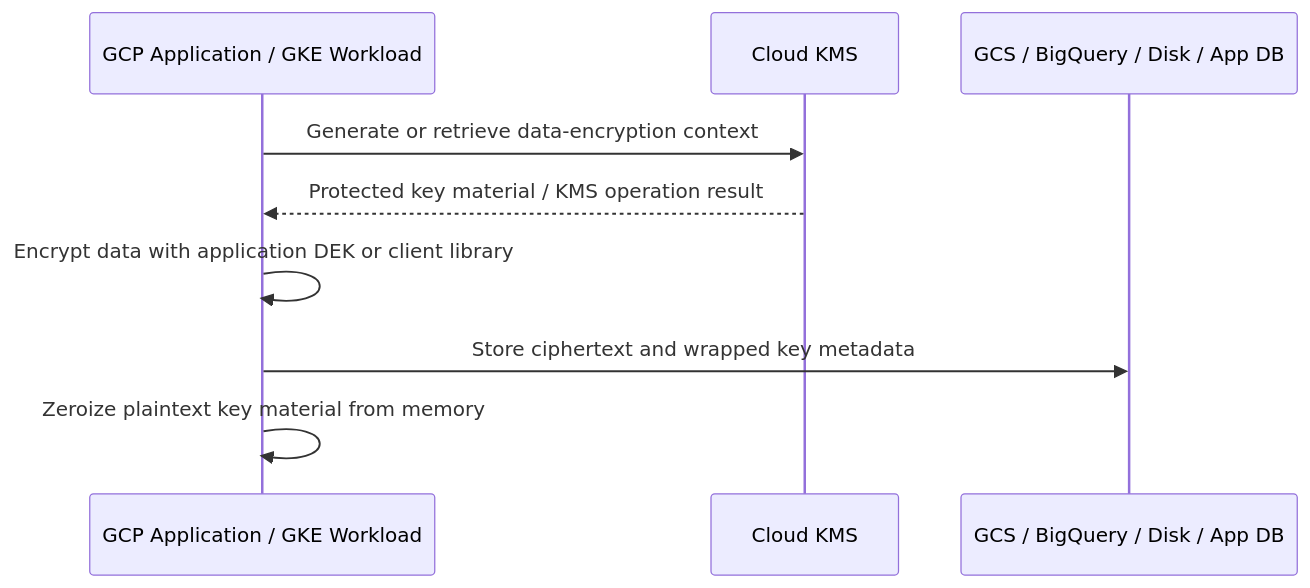
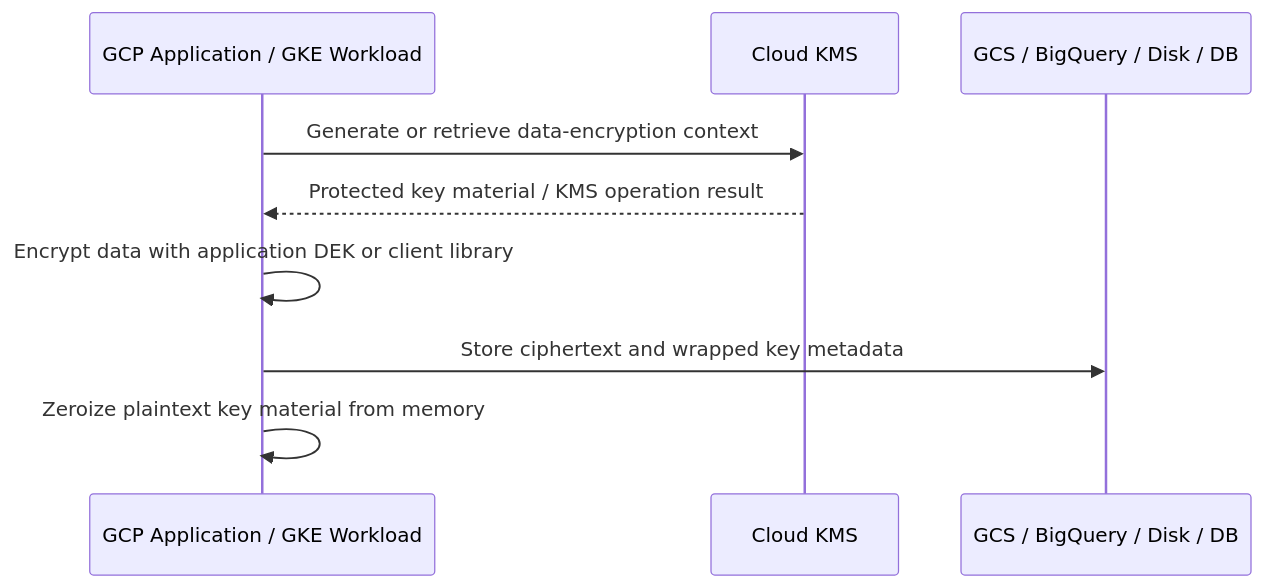
One commit to jfang88/EnterpriseCryptography changed diagram 11 of 16 in Enterprise Cryptographic Management Guideline v1_5.md. Above: the diagram before and after it, drawn with Mermaid. The commit also changed other lines of this file, not shown here.

````diff
--- a/Enterprise Cryptographic Management Guideline v1_5.md
+++ b/Enterprise Cryptographic Management Guideline v1_5.md
@@ -735,12 +927,12 @@
 ```mermaid
 sequenceDiagram
     participant App as GCP Application / GKE Workload
     participant KMS as Cloud KMS
-    participant Storage as GCS / BigQuery / Disk / App DB
+    participant Storage as GCS / BigQuery / Disk / DB
 
     App->>KMS: Generate or retrieve data-encryption context
     KMS-->>App: Protected key material / KMS operation result
     App->>App: Encrypt data with application DEK or client library
     App->>Storage: Store ciphertext and wrapped key metadata
     App->>App: Zeroize plaintext key material from memory
 ```
````
